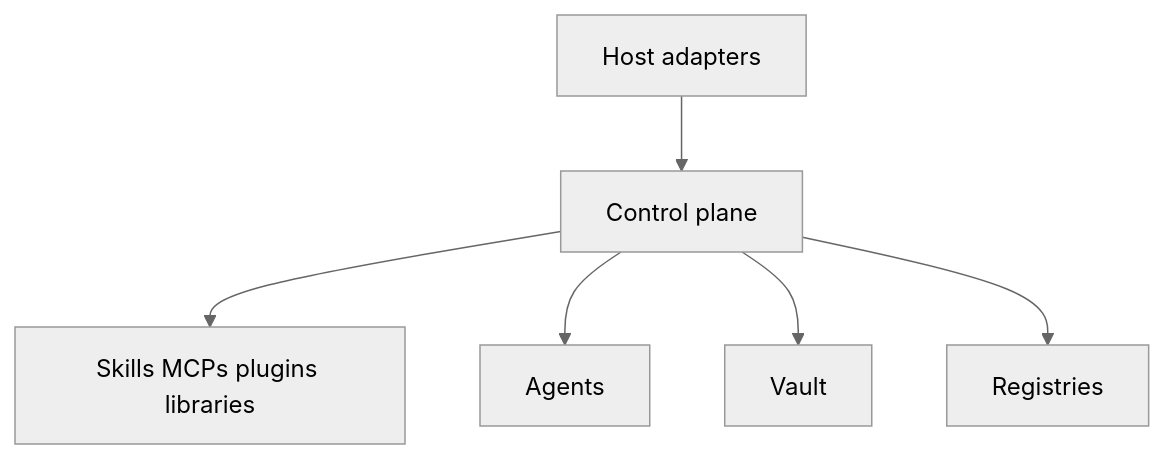
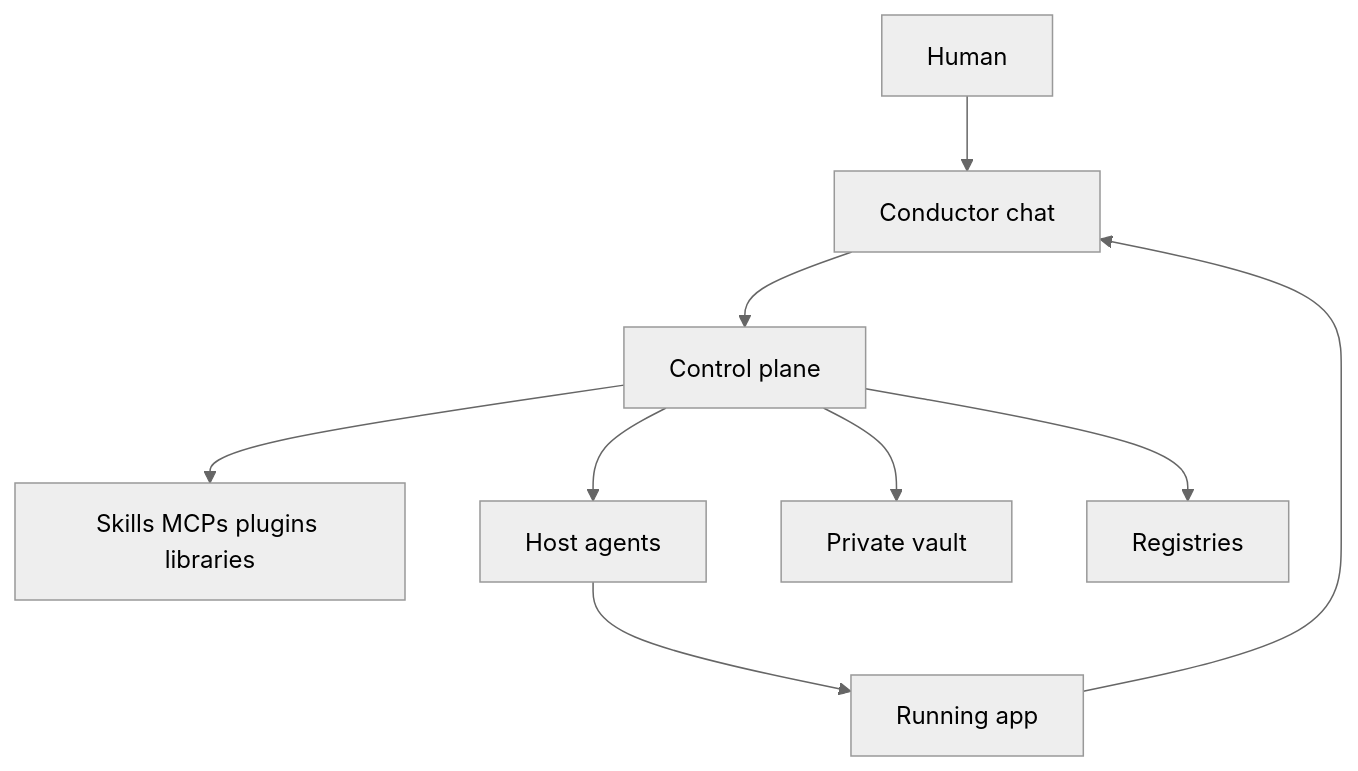
The second of 3 diagrams in README.md (mahik504/orchestra-workflow), drawn with Mermaid (neutral theme) before and after one commit. The commit also changed other lines of this file and 2 other files, not shown here.

````diff
--- a/README.md
+++ b/README.md
@@ -77,9 +80,19 @@
 ```mermaid
 flowchart TB
+  human[Human]
+  chat[Conductor chat]
   plane[Control plane]
-  plane --> caps[Skills MCPs plugins libraries]
-  plane --> execs[Agents]
-  plane --> memory[Vault]
-  plane --> knowledge[Registries]
-  hosts[Host adapters] --> plane
+  caps[Skills MCPs plugins libraries]
+  agents[Host agents]
+  memory[Private vault]
+  registry[Registries]
+  app[Running app]
+
+  human --> chat --> plane
+  plane --> caps
+  plane --> agents
+  plane --> memory
+  plane --> registry
+  agents --> app
+  app --> chat
 ```
````
